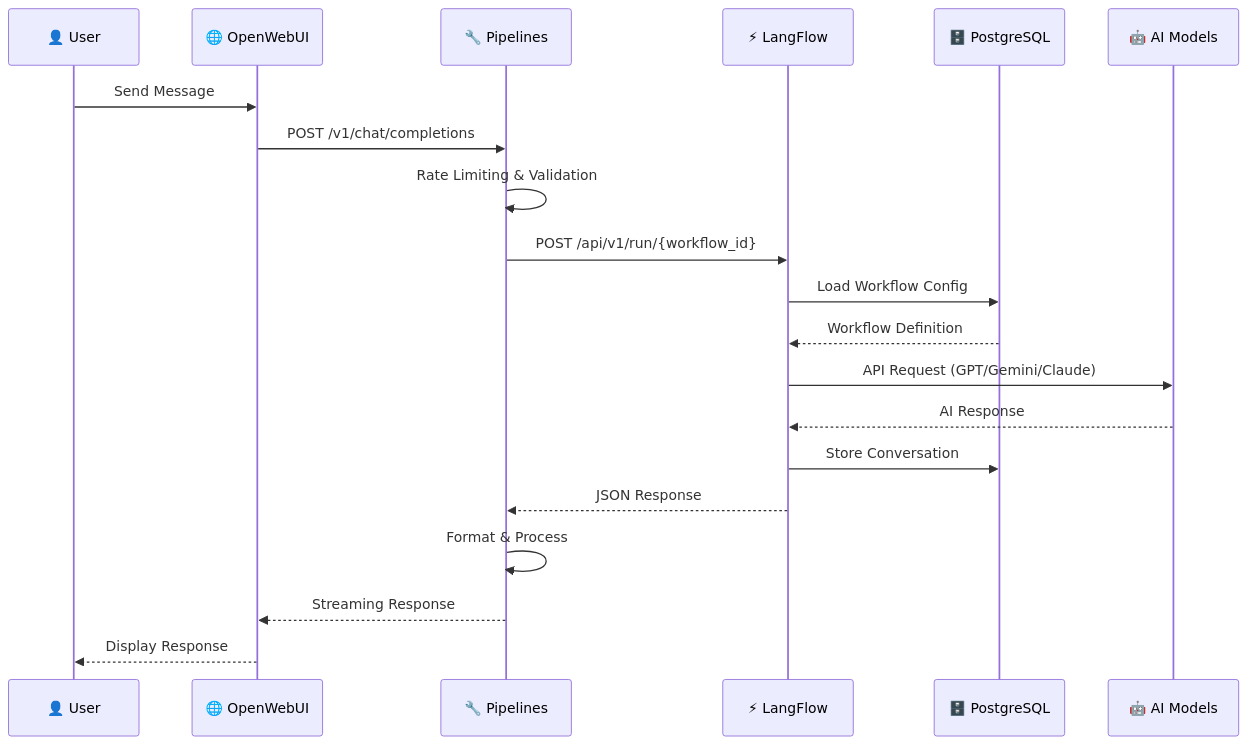
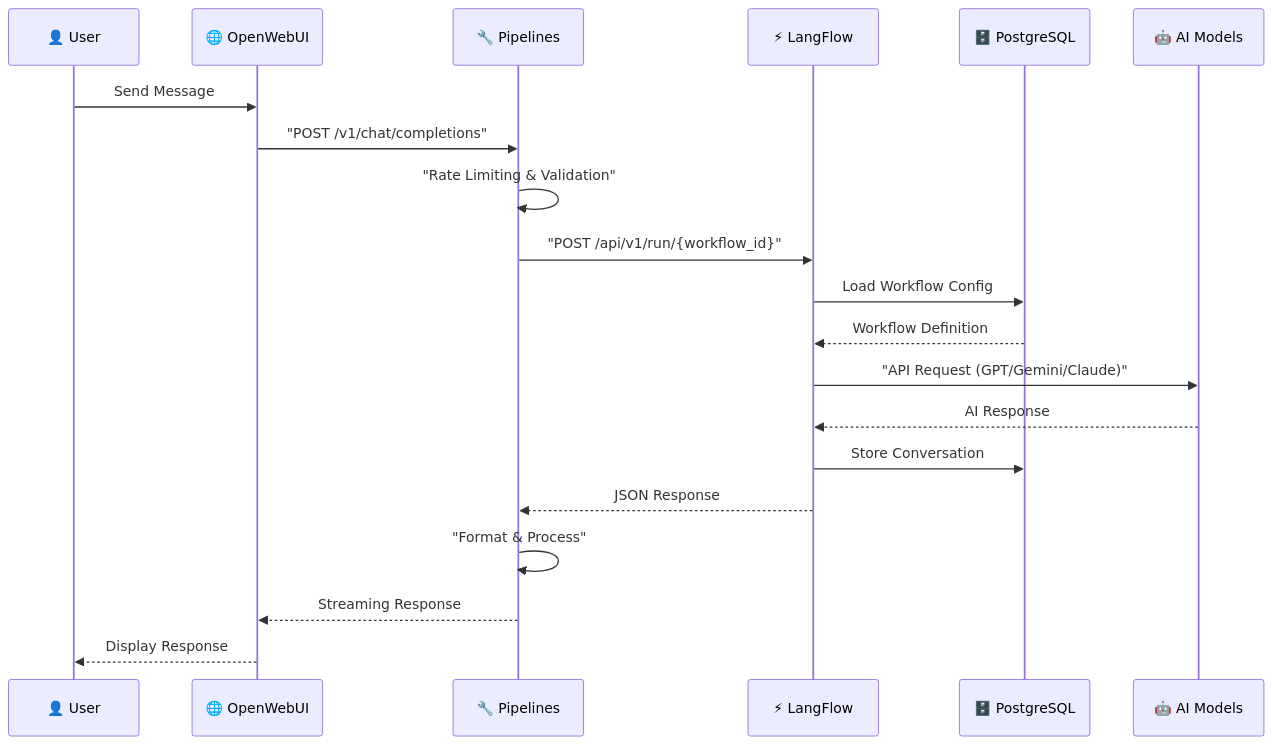
One commit to pawelrosada/openwebui-workflow-hub changed the second of 2 diagrams in README.md. Above: the diagram before and after it, drawn with Mermaid. The commit also changed other lines of this file and 1 other file, not shown here.

Commit message:
Fix Mermaid diagrams rendering by improving syntax compatibility

````diff
--- a/README.md
+++ b/README.md
@@ -66,23 +66,23 @@
 ```mermaid
 sequenceDiagram
     participant U as 👤 User
     participant OW as 🌐 OpenWebUI
     participant P as 🔧 Pipelines
     participant LF as ⚡ LangFlow
     participant DB as 🗄️ PostgreSQL
     participant AI as 🤖 AI Models
 
     U->>OW: Send Message
-    OW->>P: POST /v1/chat/completions
-    P->>P: Rate Limiting & Validation
-    P->>LF: POST /api/v1/run/{workflow_id}
+    OW->>P: "POST /v1/chat/completions"
+    P->>P: "Rate Limiting & Validation"
+    P->>LF: "POST /api/v1/run/{workflow_id}"
     LF->>DB: Load Workflow Config
     DB-->>LF: Workflow Definition
-    LF->>AI: API Request (GPT/Gemini/Claude)
+    LF->>AI: "API Request (GPT/Gemini/Claude)"
     AI-->>LF: AI Response
     LF->>DB: Store Conversation
     LF-->>P: JSON Response
-    P->>P: Format & Process
+    P->>P: "Format & Process"
     P-->>OW: Streaming Response
     OW-->>U: Display Response
 ```
````
